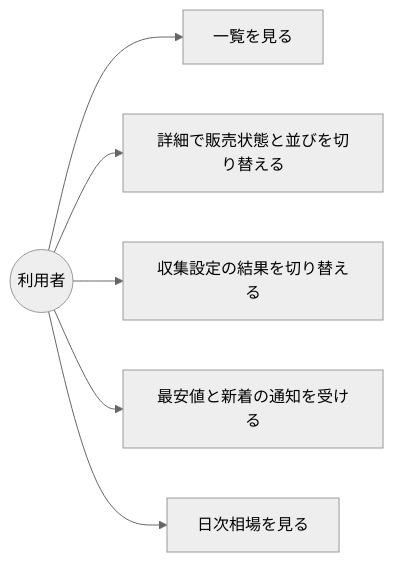
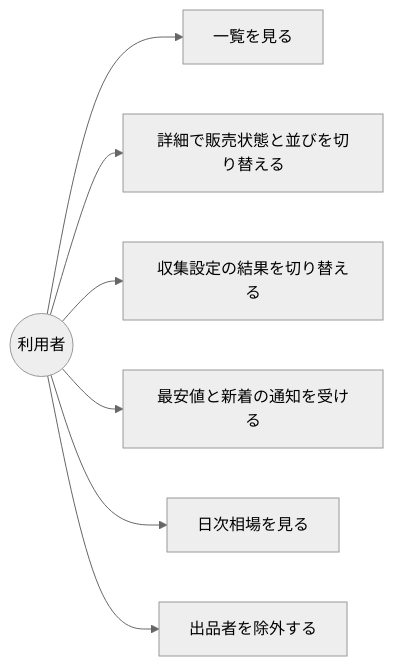
One commit to kuroweb/price-monitoring changed the first of 3 diagrams in docs/features/product-monitoring/external-spec.md. Above: the diagram before and after it, drawn with Mermaid (neutral theme). The commit also changed other lines of this file and 5 other files, not shown here.

````diff
--- a/docs/features/product-monitoring/external-spec.md
+++ b/docs/features/product-monitoring/external-spec.md
@@ -11,14 +11,16 @@
 ```mermaid
 flowchart LR
     user((利用者))
     list["一覧を見る"]
     detail["詳細で販売状態と並びを切り替える"]
     crawl["収集設定の結果を切り替える"]
     notice["最安値と新着の通知を受ける"]
     daily["日次相場を見る"]
+    seller["出品者を除外する"]
     user --> list
     user --> detail
     user --> crawl
     user --> notice
     user --> daily
+    user --> seller
 ```
````
